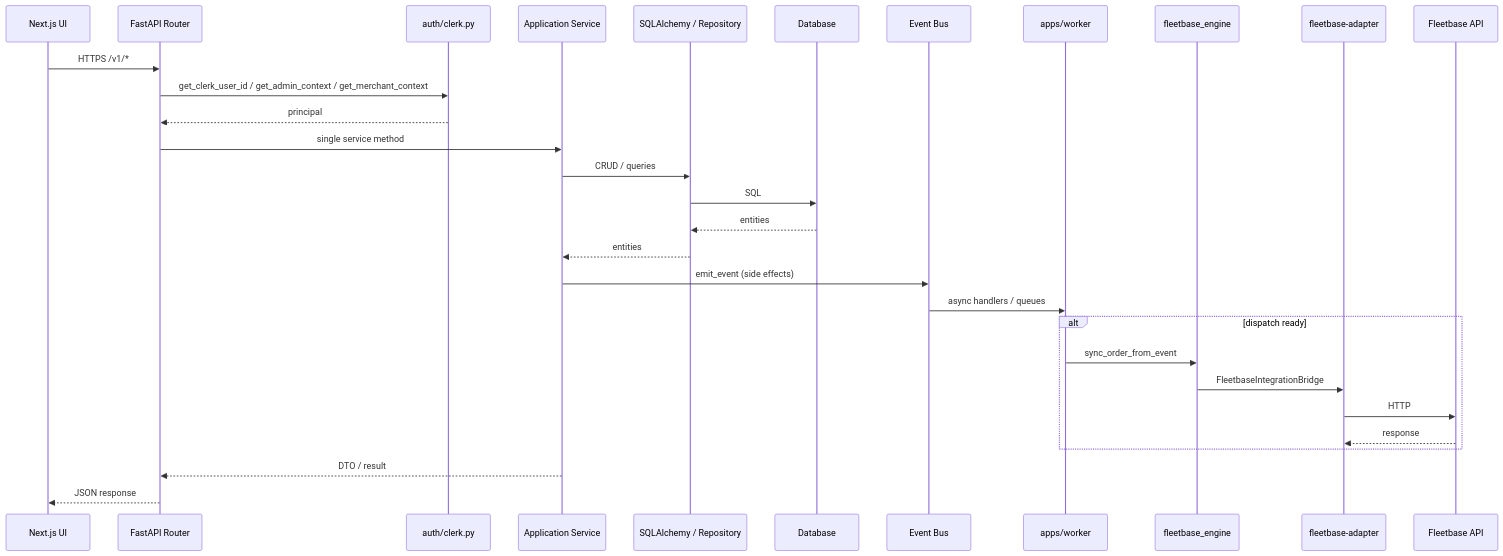
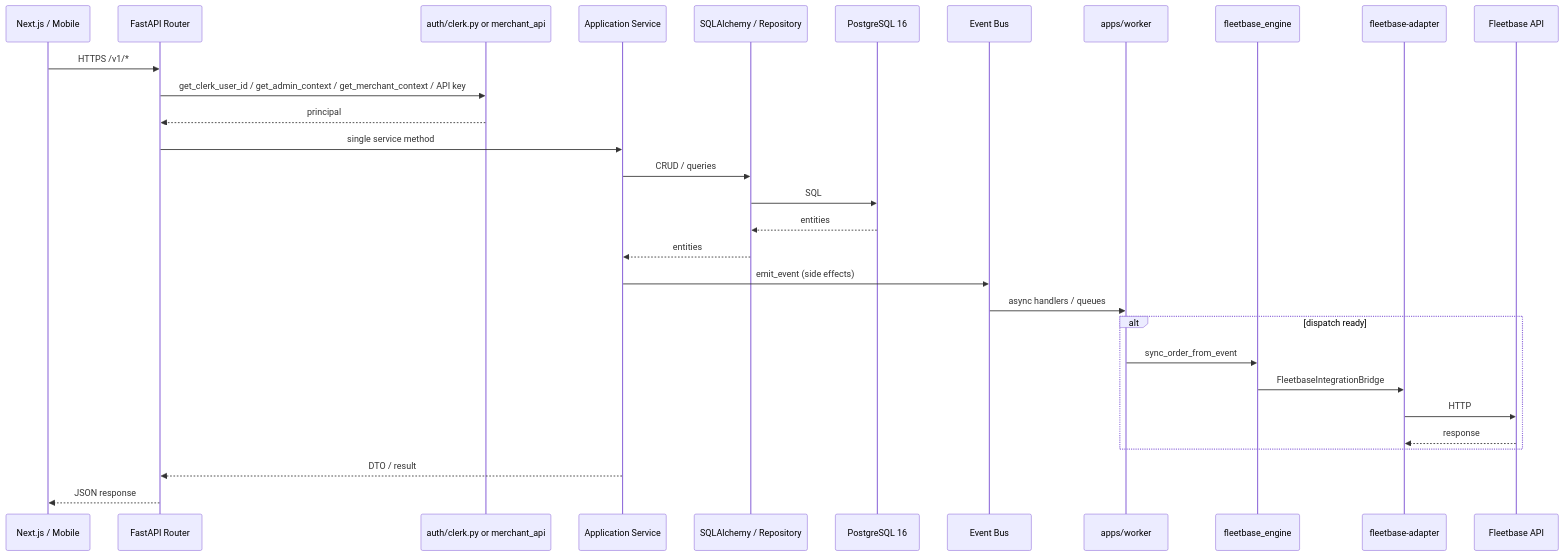
One commit to PORTERCHAIN-INC/PCD changed the diagram in docs/architecture/APPLICATION_FLOW.md. Above: the diagram before and after it, drawn with Mermaid. The commit also changed other lines of this file and 453 other files, not shown here.

````diff
--- a/docs/architecture/APPLICATION_FLOW.md
+++ b/docs/architecture/APPLICATION_FLOW.md
@@ -43,33 +62,33 @@
 ```mermaid
 sequenceDiagram
-  participant UI as Next.js UI
+  participant UI as Next.js / Mobile
   participant Router as FastAPI Router
-  participant Auth as auth/clerk.py
+  participant Auth as auth/clerk.py or merchant_api
   participant Svc as Application Service
   participant Repo as SQLAlchemy / Repository
-  participant DB as Database
+  participant DB as PostgreSQL 16
   participant Bus as Event Bus
   participant Worker as apps/worker
   participant FBE as fleetbase_engine
   participant FBA as fleetbase-adapter
   participant FB as Fleetbase API
 
   UI->>Router: HTTPS /v1/*
-  Router->>Auth: get_clerk_user_id / get_admin_context / get_merchant_context
+  Router->>Auth: get_clerk_user_id / get_admin_context / get_merchant_context / API key
   Auth-->>Router: principal
   Router->>Svc: single service method
   Svc->>Repo: CRUD / queries
   Repo->>DB: SQL
   DB-->>Repo: entities
   Repo-->>Svc: entities
   Svc->>Bus: emit_event (side effects)
   Bus->>Worker: async handlers / queues
   alt dispatch ready
     Worker->>FBE: sync_order_from_event
     FBE->>FBA: FleetbaseIntegrationBridge
     FBA->>FB: HTTP
     FB-->>FBA: response
   end
   Svc-->>Router: DTO / result
   Router-->>UI: JSON response
 ```
````
